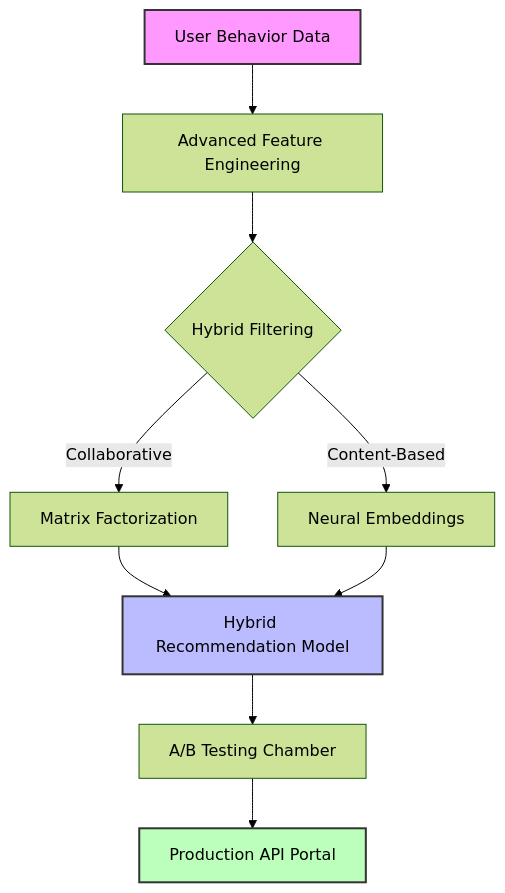
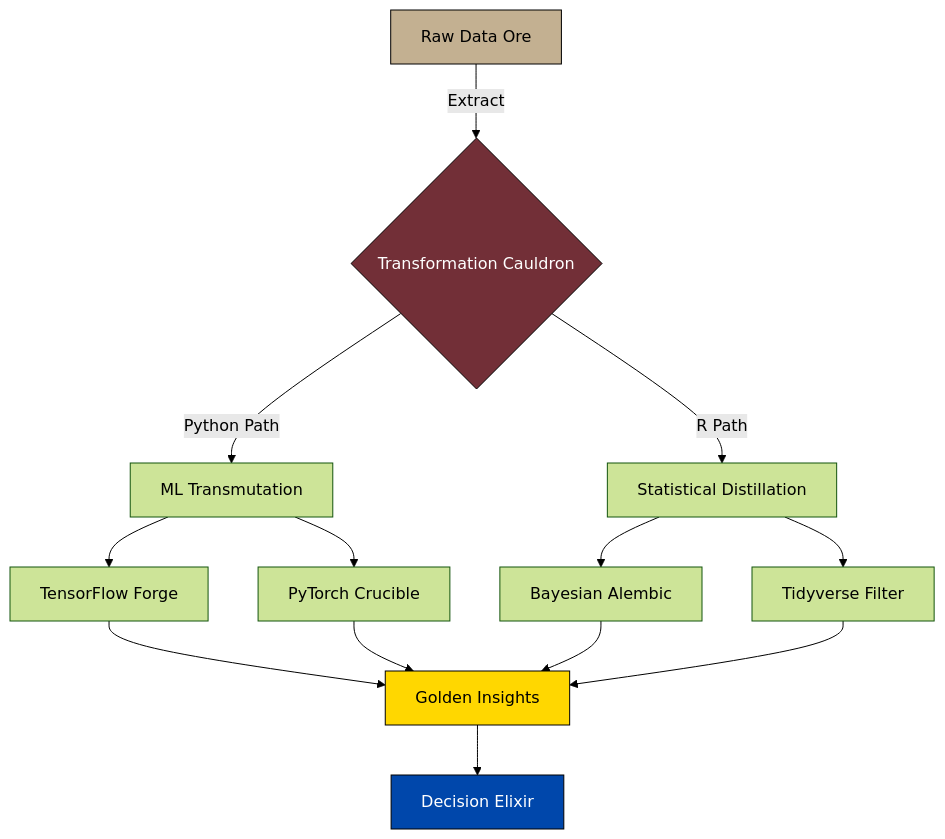
One commit to joaquimtimoteo/joaquimtimoteo changed the diagram in README.md. Above: the diagram before and after it, drawn with Mermaid (forest theme). The commit also changed other lines of this file, not shown here.

````diff
--- a/README.md
+++ b/README.md
@@ -127,14 +112,19 @@
 ```mermaid
 graph TD
-    A[User Behavior Data] --> B[Advanced Feature Engineering]
-    B --> C{Hybrid Filtering}
-    C -->|Collaborative| D[Matrix Factorization]
-    C -->|Content-Based| E[Neural Embeddings]
-    D & E --> F[Hybrid Recommendation Model]
-    F --> G[A/B Testing Chamber]
-    G --> H[Production API Portal]
+    A[Raw Data Ore] --> |Extract| B{Transformation Cauldron}
+    B -->|Python Path| C[ML Transmutation]
+    B -->|R Path| D[Statistical Distillation]
     
-    style A fill:#f9f,stroke:#333,stroke-width:2px
-    style F fill:#bbf,stroke:#333,stroke-width:2px
-    style H fill:#bfb,stroke:#333,stroke-width:2px
+    C --> E[TensorFlow Forge]
+    C --> F[PyTorch Crucible]
+    D --> G[Bayesian Alembic]
+    D --> H[Tidyverse Filter]
+    
+    E & F & G & H --> I[Golden Insights]
+    I --> J[Decision Elixir]
+    
+    style A fill:#C3B091,stroke:#000,color:#000
+    style B fill:#722F37,stroke:#000,color:#fff
+    style I fill:#FFD700,stroke:#000,color:#000
+    style J fill:#0047AB,stroke:#000,color:#fff
 ```
````
